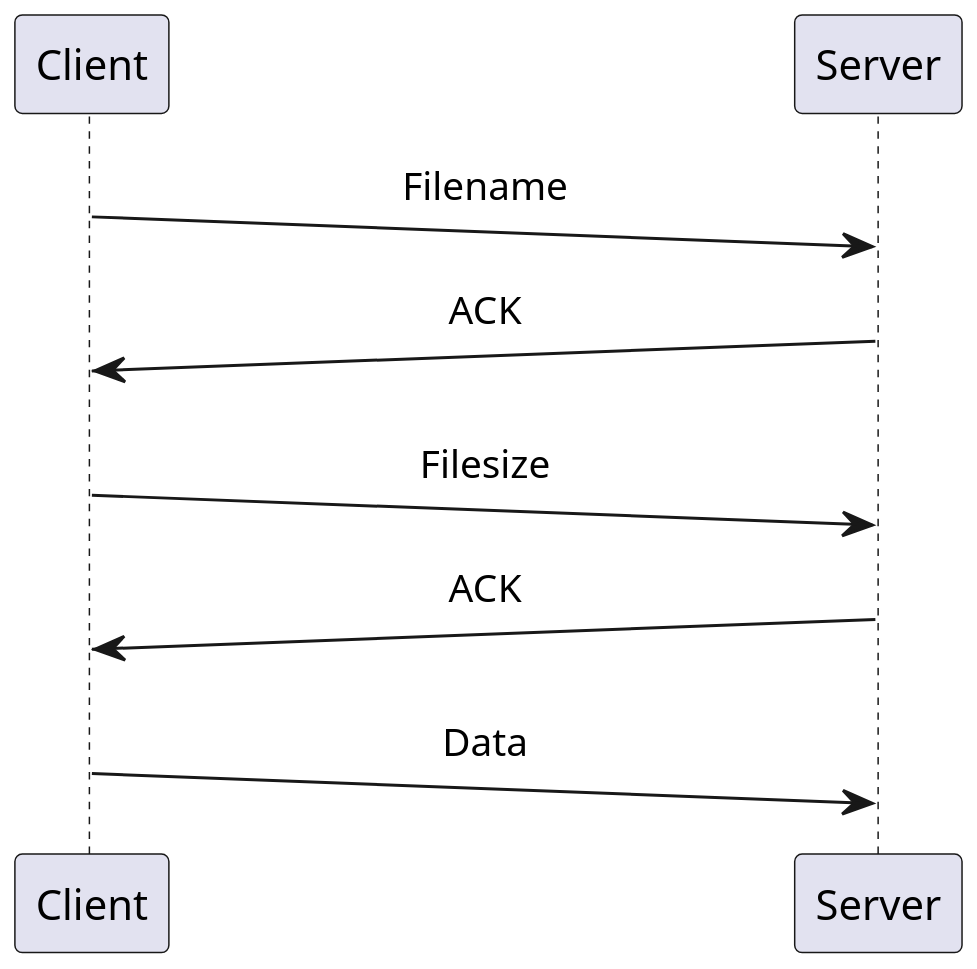
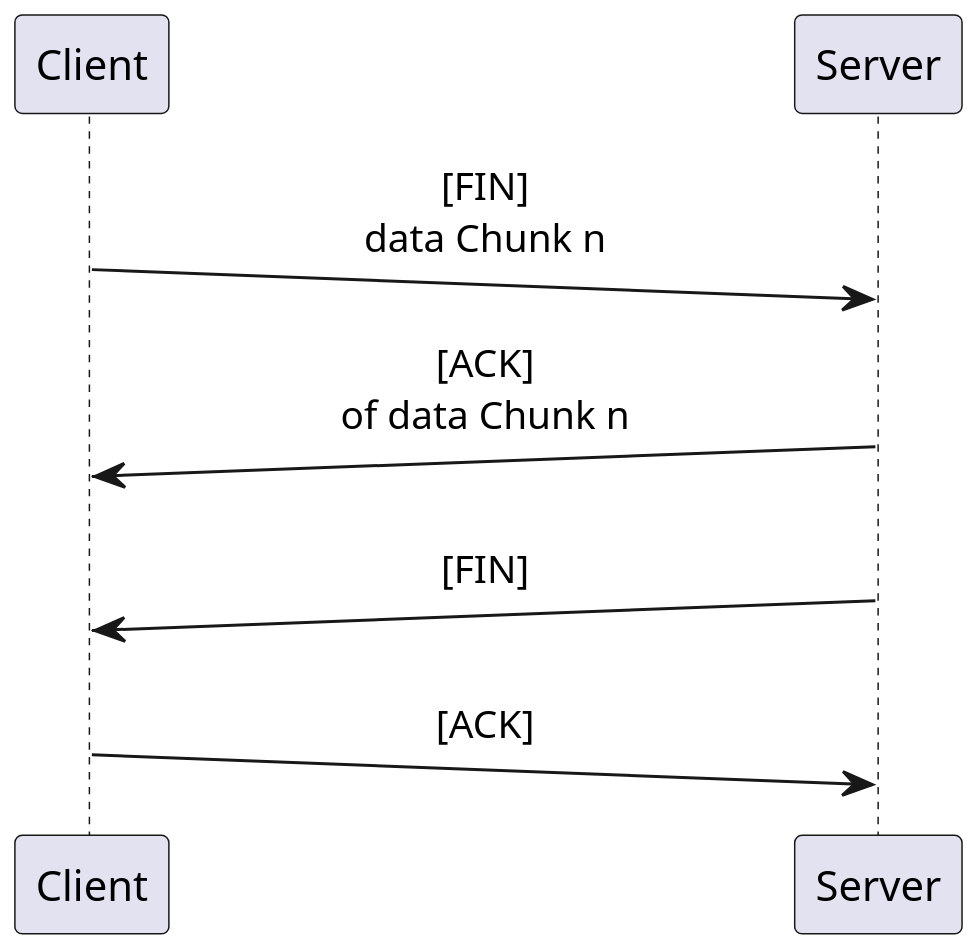
The third of 7 diagrams in informe.org (TheUDPs/TP1-Redes), drawn with PlantUML before and after one commit. The commit also changed other lines of this file and 7 other files, not shown here.

```diff
--- a/informe.org
+++ b/informe.org
@@ -272,15 +273,15 @@
 #+BEGIN_SRC plantuml :file docs/imgs/upload.png :exports results
 @startuml
 skinparam sequenceMessageAlign center
 skinparam ParticipantPadding 100
 scale 2.0
 participant Client
 participant Server
 
-Client ->(10) Server : Filename
-Server ->(10) Client : ACK
-Client ->(10) Server : Filesize
-Server ->(10) Client : ACK
-Client ->(10) Server : Data
+Client ->(10) Server : [FIN]\ndata Chunk n
+Server ->(10) Client : [ACK]\nof data Chunk n
+Server ->(10) Client : [FIN]
+Client ->(10) Server : [ACK]
+
 @enduml
 #+END_SRC
```
